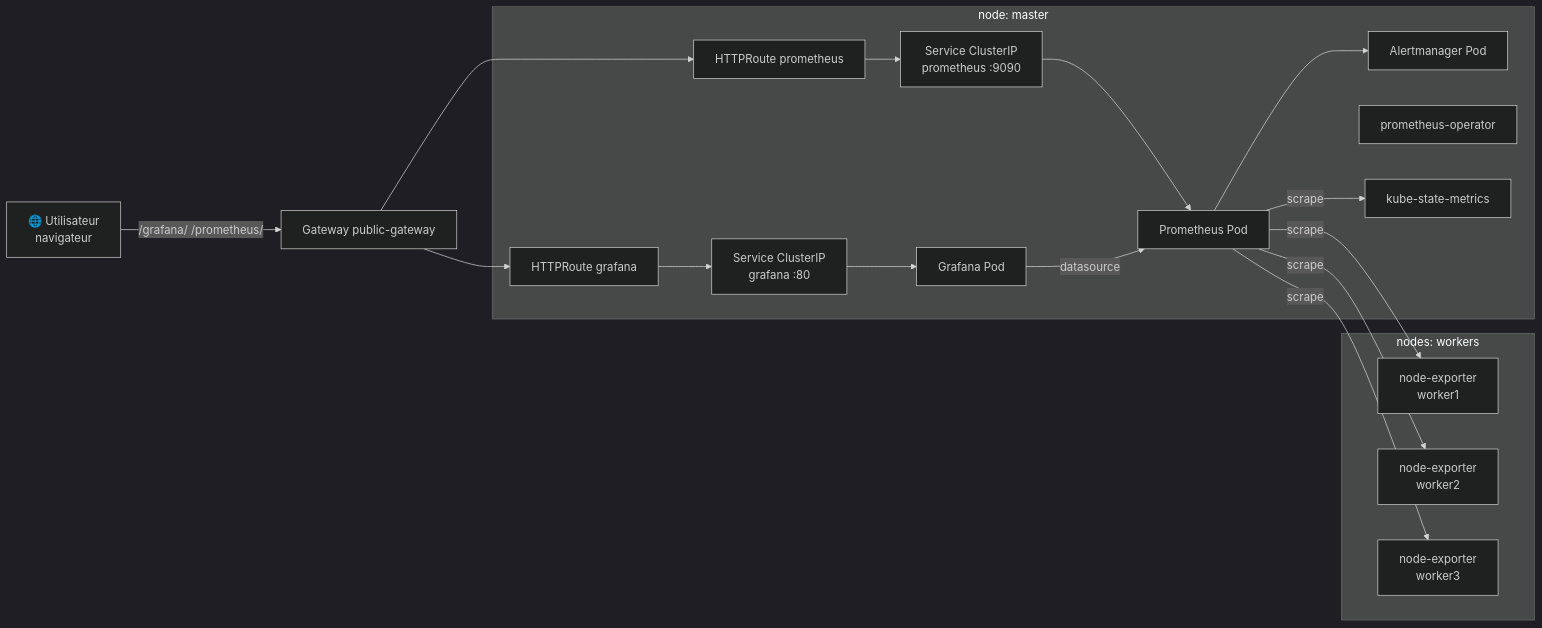
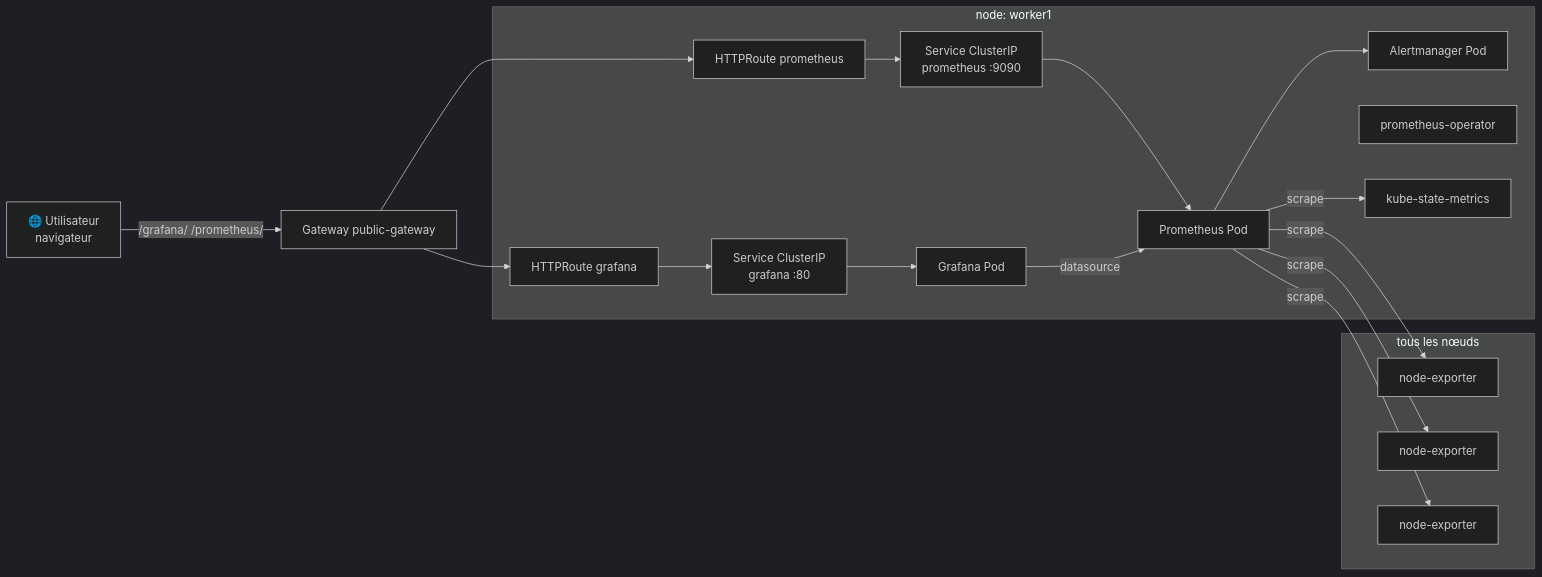
Before and after one commit to PikPakPik/T-CLO-902-NAN_1: the diagram in docs/monitoring.md, drawn with Mermaid (dark theme). The commit also changed other lines of this file and 3 other files, not shown here.

Commit message:
Move Grafana from master to worker1 (#40)

````diff
--- a/docs/monitoring.md
+++ b/docs/monitoring.md
@@ -7,31 +7,31 @@
 ```mermaid
 flowchart LR
     user[🌐 Utilisateur\nnavigateur] -->|/grafana/ /prometheus/| gw
     gw[Gateway public-gateway] --> grafanaRoute[HTTPRoute grafana]
     gw --> promRoute[HTTPRoute prometheus]
 
-    subgraph master[node: master]
+    subgraph worker1[node: worker1]
         grafanaSvc[Service ClusterIP\ngrafana :80]
         promSvc[Service ClusterIP\nprometheus :9090]
         grafana[Grafana Pod]
         prom[Prometheus Pod]
         alert[Alertmanager Pod]
         operator[prometheus-operator]
         ksm[kube-state-metrics]
         grafanaRoute --> grafanaSvc --> grafana
         promRoute --> promSvc --> prom
     end
 
-    subgraph workers[nodes: workers]
-        ne1[node-exporter\nworker1]
-        ne2[node-exporter\nworker2]
-        ne3[node-exporter\nworker3]
+    subgraph allNodes[tous les nœuds]
+        ne1[node-exporter]
+        ne2[node-exporter]
+        ne3[node-exporter]
     end
 
     prom -->|scrape| ne1
     prom -->|scrape| ne2
     prom -->|scrape| ne3
     prom -->|scrape| ksm
     grafana -->|datasource| prom
     prom --> alert
 ```
````
